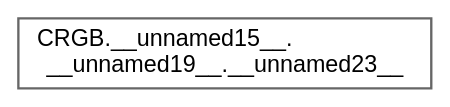
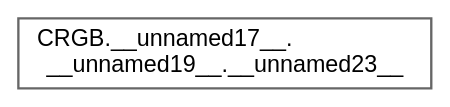
The diagram in docs/inherit_graph_41.dot (mcx/FastLED), drawn with Graphviz before and after one commit. The commit also changed 1563 other files, not shown here.

```diff
--- a/docs/inherit_graph_41.dot
+++ b/docs/inherit_graph_41.dot
@@ -1,9 +1,9 @@
 digraph "Graphical Class Hierarchy"
 {
  // LATEX_PDF_SIZE
   bgcolor="transparent";
   edge [fontname=Helvetica,fontsize=10,labelfontname=Helvetica,labelfontsize=10];
   node [fontname=Helvetica,fontsize=10,shape=box,height=0.2,width=0.4];
   rankdir="LR";
-  Node0 [id="Node000000",label="CRGB.__unnamed15__.\l__unnamed19__.__unnamed23__",height=0.2,width=0.4,color="grey40", fillcolor="white", style="filled",URL="$db/d87/group___pixel_types.html#db/d74/union_c_r_g_b_8____unnamed15_____8____unnamed19_____8____unnamed23____",tooltip=" "];
+  Node0 [id="Node000000",label="CRGB.__unnamed17__.\l__unnamed19__.__unnamed23__",height=0.2,width=0.4,color="grey40", fillcolor="white", style="filled",URL="$db/d87/group___pixel_types.html#dc/da4/union_c_r_g_b_8____unnamed17_____8____unnamed19_____8____unnamed23____",tooltip=" "];
 }
```
